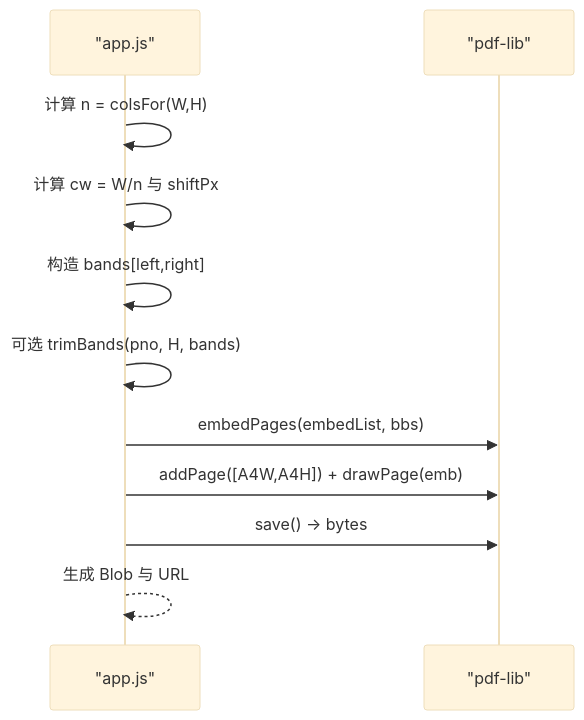
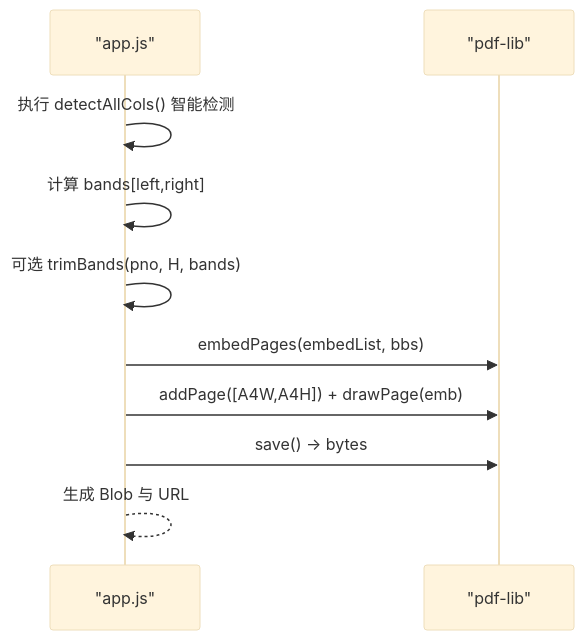
One commit to wzh8080/PDFTools changed the eighth of 9 diagrams in .qoder/repowiki/zh/content/核心功能实现/智能栏数识别.md. Above: the diagram before and after it, drawn with Mermaid (base theme). The commit also changed other lines of this file and 29 other files, not shown here.

````diff
--- a/.qoder/repowiki/zh/content/核心功能实现/智能栏数识别.md
+++ b/.qoder/repowiki/zh/content/核心功能实现/智能栏数识别.md
@@ -211,13 +299,12 @@
 ```mermaid
 sequenceDiagram
 participant App as "app.js"
 participant PDFLIB as "pdf-lib"
-App->>App : 计算 n = colsFor(W,H)
-App->>App : 计算 cw = W/n 与 shiftPx
-App->>App : 构造 bands[left,right]
+App->>App : 执行 detectAllCols() 智能检测
+App->>App : 计算 bands[left,right]
 App->>App : 可选 trimBands(pno, H, bands)
 App->>PDFLIB : embedPages(embedList, bbs)
 App->>PDFLIB : addPage([A4W,A4H]) + drawPage(emb)
 App->>PDFLIB : save() -> bytes
 App-->>App : 生成 Blob 与 URL
 ```
````
